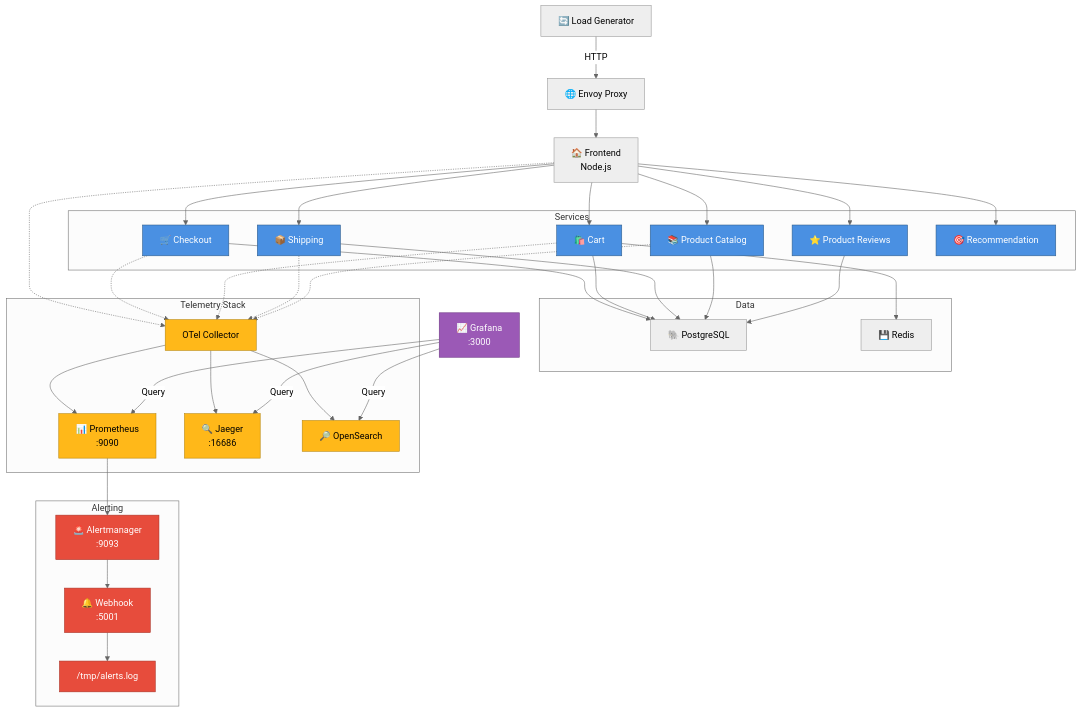
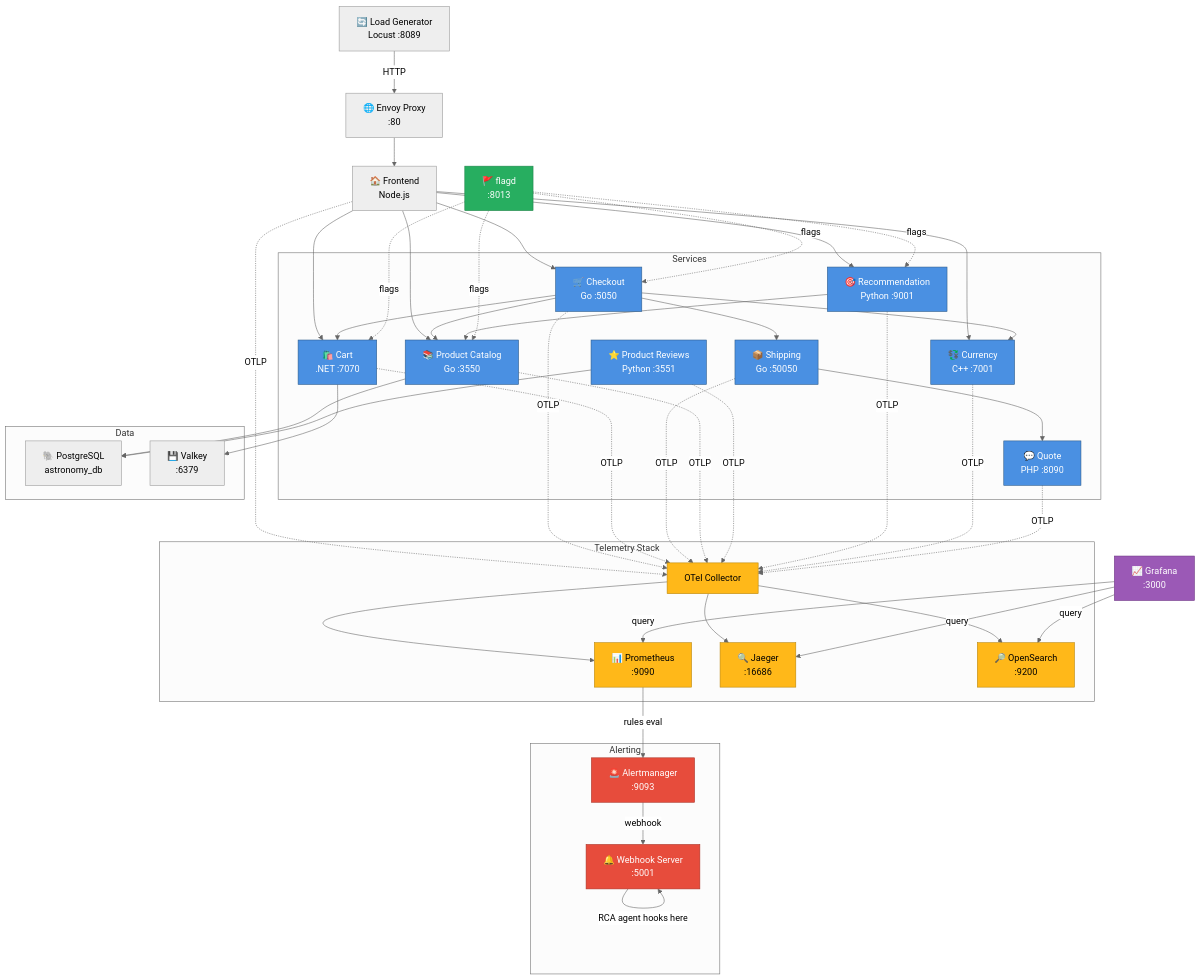
Before and after one commit to soul-bits/opentelemetry-demo: the diagram in docker-compose-minimal.md, drawn with Mermaid (neutral theme). The commit also changed 1 other file, not shown here.

````diff
--- a/docker-compose-minimal.md
+++ b/docker-compose-minimal.md
@@ -5,75 +5,78 @@
 ```mermaid
 graph TB
-    LG["🔄 Load Generator"]
-    FP["🌐 Envoy Proxy"]
+    LG["🔄 Load Generator<br/>Locust :8089"]
+    FP["🌐 Envoy Proxy<br/>:80"]
     FE["🏠 Frontend<br/>Node.js"]
-    
+    FLAGD["🚩 flagd<br/>:8013"]
+
     subgraph "Services"
-        S1["🛒 Checkout"]
-        S2["🛍️ Cart"]
-        S3["📦 Shipping"]
-        S4["📚 Product Catalog"]
-        S5["⭐ Product Reviews"]
-        S6["🎯 Recommendation"]
+        S1["🛒 Checkout<br/>Go :5050"]
+        S2["🛍️ Cart<br/>.NET :7070"]
+        S3["📦 Shipping<br/>Go :50050"]
+        S4["📚 Product Catalog<br/>Go :3550"]
+        S5["⭐ Product Reviews<br/>Python :3551"]
+        S6["🎯 Recommendation<br/>Python :9001"]
+        S7["💱 Currency<br/>C++ :7001"]
+        S8["💬 Quote<br/>PHP :8090"]
     end
-    
+
     subgraph "Data"
-        DB["🐘 PostgreSQL"]
-        CACHE["💾 Redis"]
+        DB["🐘 PostgreSQL<br/>astronomy_db"]
+        CACHE["💾 Valkey<br/>:6379"]
     end
-    
+
     subgraph "Telemetry Stack"
         OTEL["OTel Collector"]
         PROM["📊 Prometheus<br/>:9090"]
         JAEG["🔍 Jaeger<br/>:16686"]
-        OS["🔎 OpenSearch"]
+        OS["🔎 OpenSearch<br/>:9200"]
     end
-    
+
     subgraph "Alerting"
         AM["🚨 Alertmanager<br/>:9093"]
-        WH["🔔 Webhook<br/>:5001"]
-        LOG["/tmp/alerts.log"]
+        WH["🔔 Webhook Server<br/>:5001"]
     end
-    
+
     GRAF["📈 Grafana<br/>:3000"]
-    
+
     %% Request flow
     LG -->|HTTP| FP
     FP --> FE
-    FE --> S1 & S2 & S3 & S4 & S5 & S6
-    
-    %% Data flow
-    S1 & S2 & S3 & S4 & S5 --> DB
+    FE --> S1 & S2 & S4 & S6 & S7
+    S1 --> S2 & S4 & S3 & S7
+    S3 --> S8
+    S6 --> S4
+
+    %% Feature flags
+    FLAGD -.->|flags| S1 & S2 & S4 & S6
+
+    %% Data layer
+    S4 --> DB
+    S5 --> DB
     S2 --> CACHE
-    
-    %% Telemetry (dotted = signals)
-    FE -.-> OTEL
-    S1 -.-> OTEL
-    S2 -.-> OTEL
-    S3 -.-> OTEL
-    S4 -.-> OTEL
-    OTEL --> PROM
-    OTEL --> JAEG
-    OTEL --> OS
-    
+
+    %% Telemetry signals
+    FE & S1 & S2 & S3 & S4 & S5 & S6 & S7 & S8 -.->|OTLP| OTEL
+    OTEL --> PROM & JAEG & OS
+
     %% Alerting flow
-    PROM --> AM
-    AM --> WH
-    WH --> LOG
-    
+    PROM -->|rules eval| AM
+    AM -->|webhook| WH
+    WH -->|RCA agent hooks here| WH
+
     %% Visualization
-    GRAF -->|Query| PROM
-    GRAF -->|Query| JAEG
-    GRAF -->|Query| OS
-    
+    GRAF -->|query| PROM & JAEG & OS
+
     %% Styling
     classDef service fill:#4A90E2,stroke:#2E5C8A,color:#fff
     classDef telemetry fill:#FFB819,stroke:#B8860B,color:#000
     classDef alert fill:#E74C3C,stroke:#A93226,color:#fff
     classDef viz fill:#9B59B6,stroke:#6C3483,color:#fff
-    
-    class S1,S2,S3,S4,S5,S6 service
+    classDef flag fill:#27AE60,stroke:#1E8449,color:#fff
+
+    class S1,S2,S3,S4,S5,S6,S7,S8 service
     class OTEL,PROM,JAEG,OS telemetry
-    class AM,WH,LOG alert
+    class AM,WH alert
     class GRAF viz
+    class FLAGD flag
 ```
````
